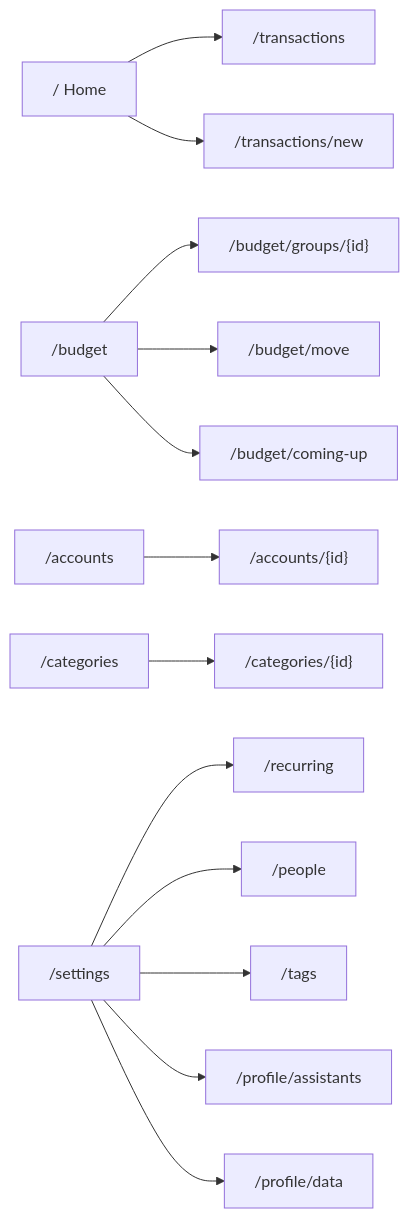
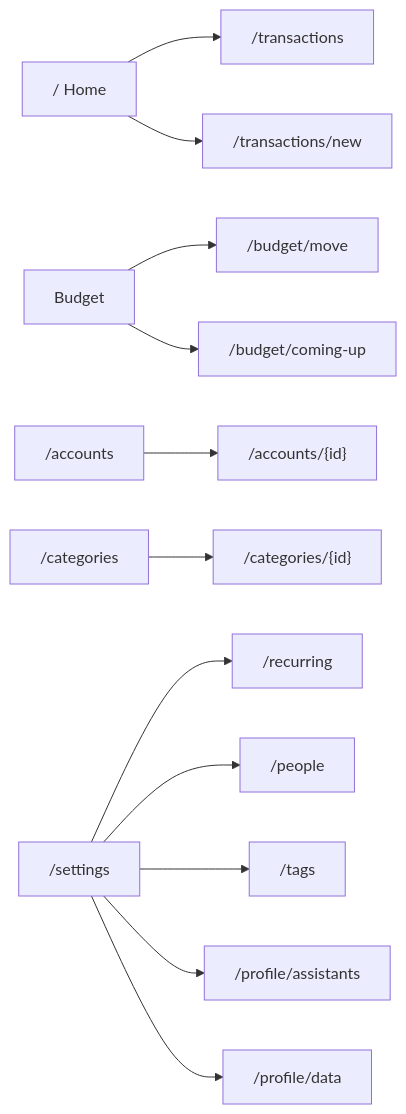
The first of 2 diagrams in docs/architecture/web-ui.md (bijeshmohan/finode), drawn with Mermaid before and after one commit. The commit also changed 30 other files, not shown here.

````diff
--- a/docs/architecture/web-ui.md
+++ b/docs/architecture/web-ui.md
@@ -19,15 +19,14 @@
 ```mermaid
 flowchart LR
     Home["/ Home"] --> Tx["/transactions"]
     Home --> New["/transactions/new"]
-    Budget["/budget"] --> Grp["/budget/groups/{id}"]
     Budget --> Move["/budget/move"]
     Budget --> Coming["/budget/coming-up"]
     Accounts["/accounts"] --> Acc["/accounts/{id}"]
     Cats["/categories"] --> Cat["/categories/{id}"]
     Settings["/settings"] --> Rec["/recurring"]
     Settings --> People["/people"]
     Settings --> Tags["/tags"]
     Settings --> Ass["/profile/assistants"]
     Settings --> Dat["/profile/data"]
 ```
````
